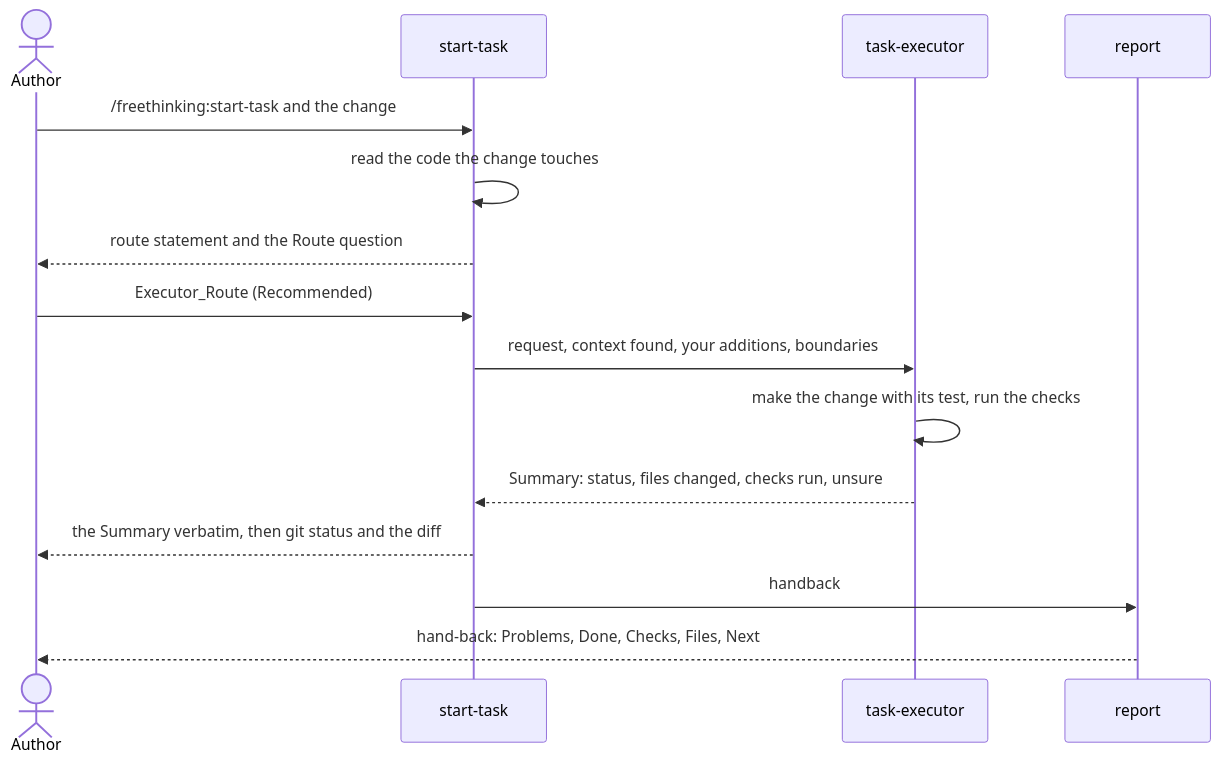
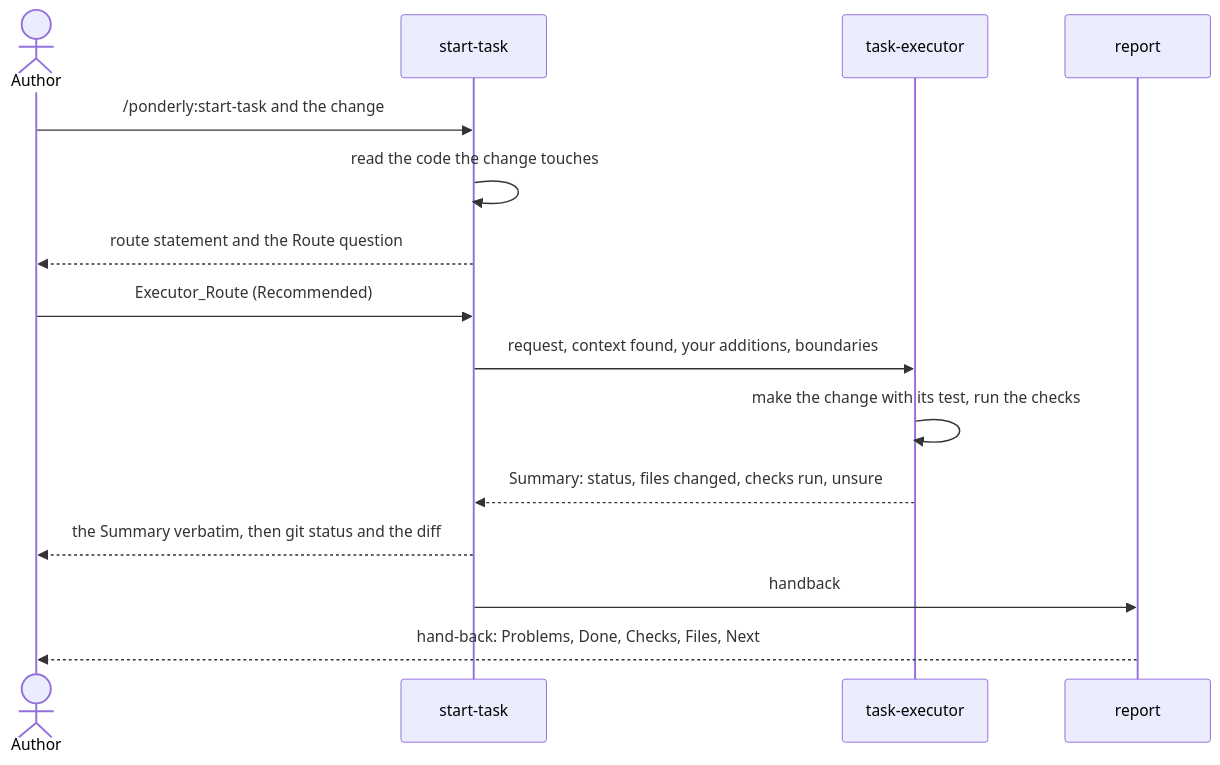
The diagram in docs/guides/make-a-small-change.md (freethinkingit/dev_tools), drawn with Mermaid before and after one commit. The commit also changed other lines of this file and 38 other files, not shown here.

First line of the commit message:
[#72] Start the rename to ponderly (work in progress)

````diff
--- a/docs/guides/make-a-small-change.md
+++ b/docs/guides/make-a-small-change.md
@@ -109,17 +109,17 @@
 ```mermaid
 sequenceDiagram
     actor A as Author
     participant S as start-task
     participant E as task-executor
     participant R as report
-    A->>S: /freethinking:start-task and the change
+    A->>S: /ponderly:start-task and the change
     S->>S: read the code the change touches
     S-->>A: route statement and the Route question
     A->>S: Executor_Route (Recommended)
     S->>E: request, context found, your additions, boundaries
     E->>E: make the change with its test, run the checks
     E-->>S: Summary: status, files changed, checks run, unsure
     S-->>A: the Summary verbatim, then git status and the diff
     S->>R: handback
     R-->>A: hand-back: Problems, Done, Checks, Files, Next
 ```
````
